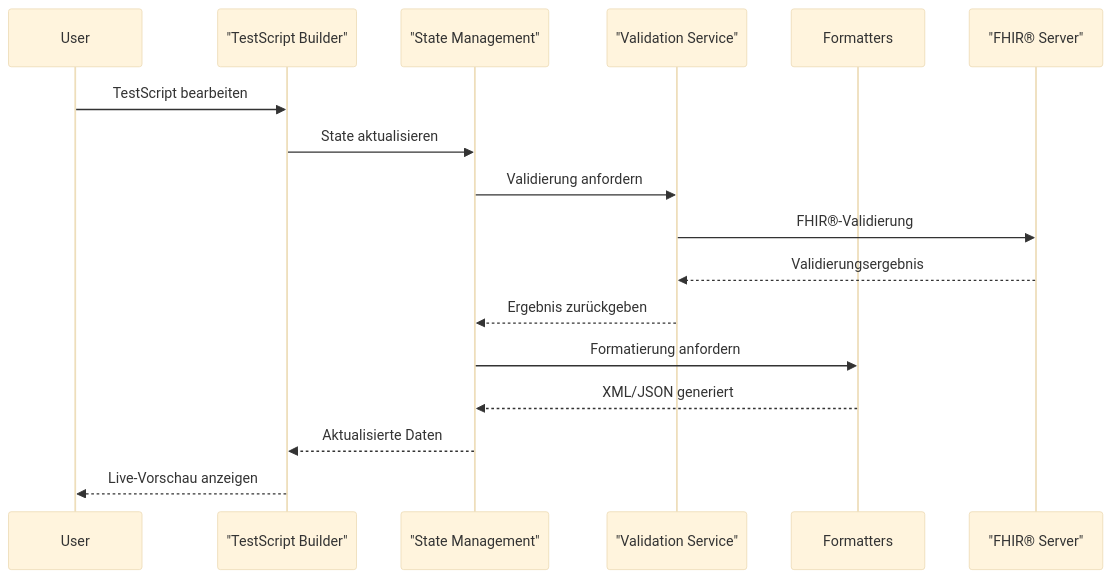
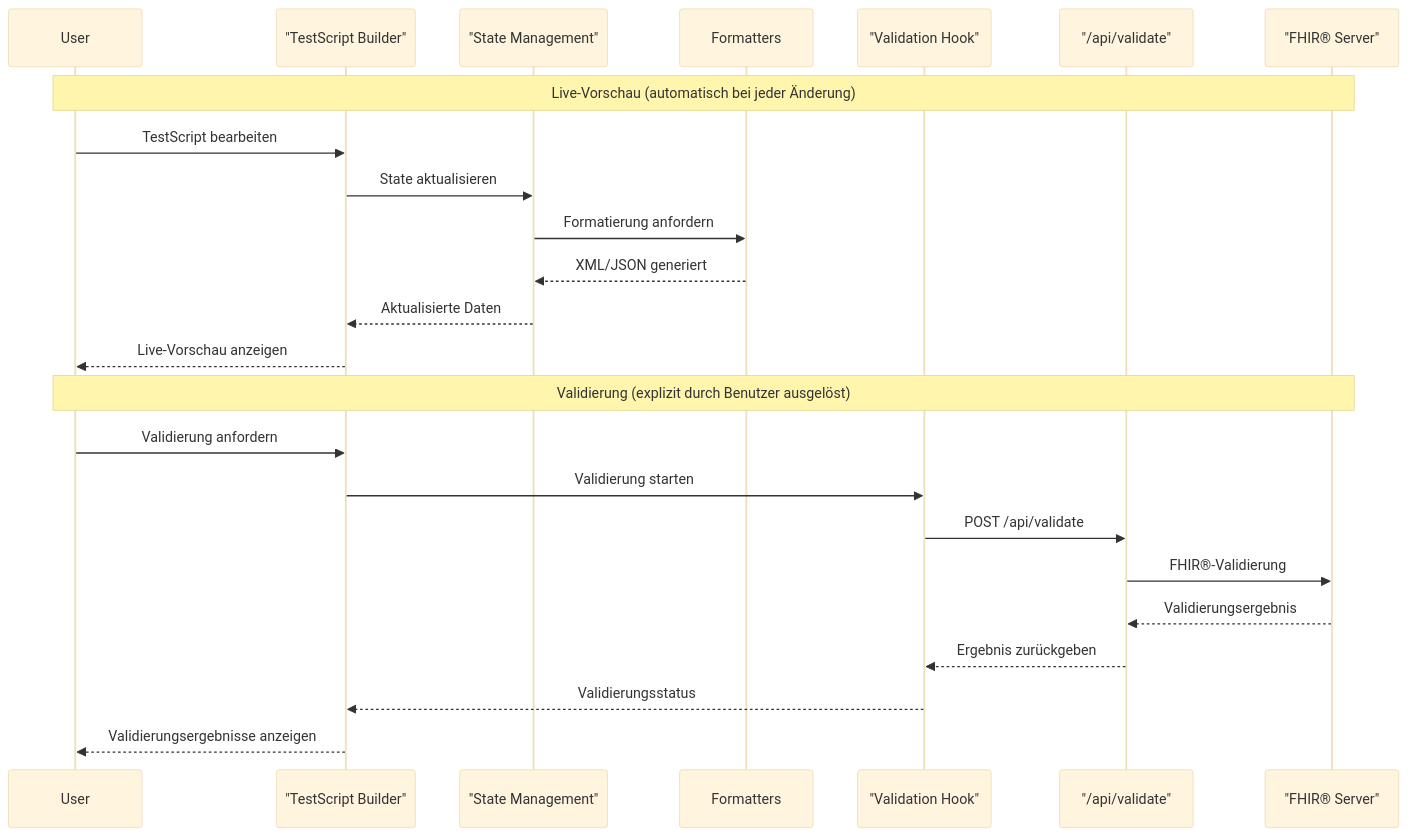
The second of 3 diagrams in README.md (HL7Austria/HL7-AT-TestFhiry-TinkerTool), drawn with Mermaid (base theme) before and after one commit. The commit also changed other lines of this file and 5 other files, not shown here.

````diff
--- a/README.md
+++ b/README.md
@@ -133,20 +133,28 @@
 ```mermaid
 sequenceDiagram
     participant U as User
     participant UI as "TestScript Builder"
     participant S as "State Management"
-    participant V as "Validation Service"
     participant F as Formatters
+    participant V as "Validation Hook"
+    participant API as "/api/validate"
     participant FS as "FHIR® Server"
-    
+
+    Note over U,FS: Live-Vorschau (automatisch bei jeder Änderung)
     U->>UI: TestScript bearbeiten
     UI->>S: State aktualisieren
-    S->>V: Validierung anfordern
-    V->>FS: FHIR®-Validierung
-    FS-->>V: Validierungsergebnis
-    V-->>S: Ergebnis zurückgeben
     S->>F: Formatierung anfordern
     F-->>S: XML/JSON generiert
     S-->>UI: Aktualisierte Daten
     UI-->>U: Live-Vorschau anzeigen
+
+    Note over U,FS: Validierung (explizit durch Benutzer ausgelöst)
+    U->>UI: Validierung anfordern
+    UI->>V: Validierung starten
+    V->>API: POST /api/validate
+    API->>FS: FHIR®-Validierung
+    FS-->>API: Validierungsergebnis
+    API-->>V: Ergebnis zurückgeben
+    V-->>UI: Validierungsstatus
+    UI-->>U: Validierungsergebnisse anzeigen
 ```
````
